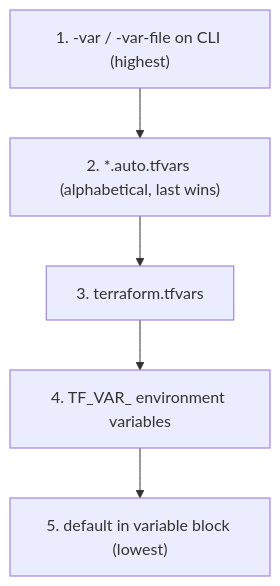
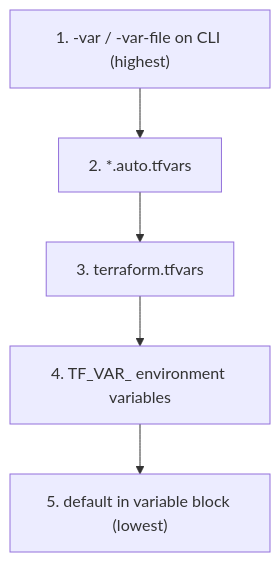
One commit to msdeepak052/Terraform_Concepts changed the second of 3 diagrams in notes/04-domain4a-resources-variables-types.md. Above: the diagram before and after it, drawn with Mermaid. The commit also changed other lines of this file, not shown here.

````diff
--- a/notes/04-domain4a-resources-variables-types.md
+++ b/notes/04-domain4a-resources-variables-types.md
@@ -317,7 +709,7 @@
-```mermaid
+```mermaid id="p6j2kw"
 flowchart TD
-    A["1. -var / -var-file on CLI (highest)"] --> B["2. *.auto.tfvars (alphabetical, last wins)"]
+    A["1. -var / -var-file on CLI (highest)"] --> B["2. *.auto.tfvars"]
     B --> C["3. terraform.tfvars"]
     C --> D["4. TF_VAR_ environment variables"]
     D --> E["5. default in variable block (lowest)"]
 ```
````
